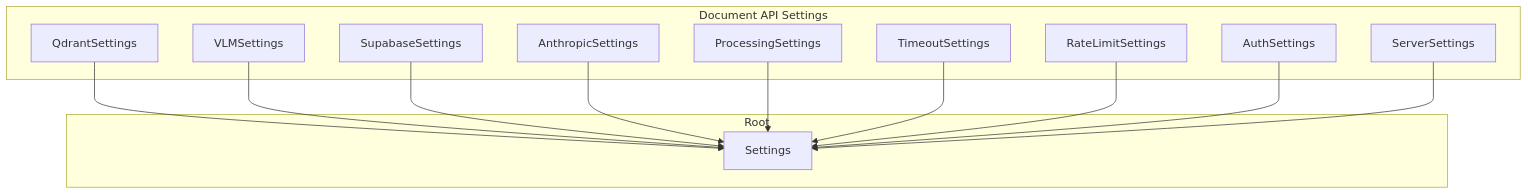
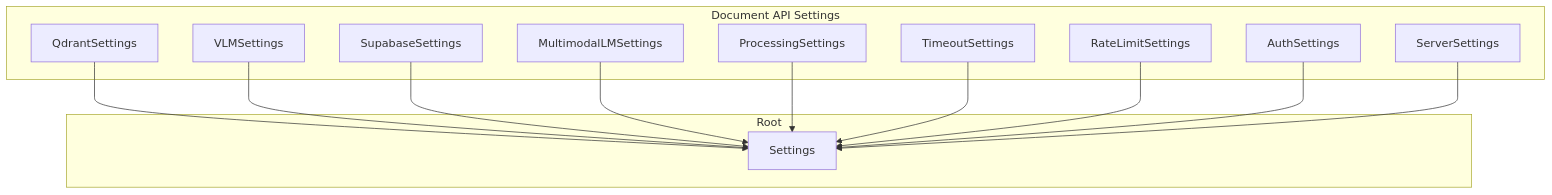
One commit to akosgintl/colpali-rag-app changed the second of 2 diagrams in docs/configuration.md. Above: the diagram before and after it, drawn with Mermaid. The commit also changed other lines of this file and 35 other files, not shown here.

````diff
--- a/docs/configuration.md
+++ b/docs/configuration.md
@@ -110,28 +111,28 @@
 ```mermaid
 graph TD
     subgraph Settings["Document API Settings"]
         QS["QdrantSettings"]
         VS["VLMSettings"]
         SS["SupabaseSettings"]
-        AS["AnthropicSettings"]
+        MLS["MultimodalLMSettings"]
         PS["ProcessingSettings"]
         TS["TimeoutSettings"]
         RLS["RateLimitSettings"]
         AUTH["AuthSettings"]
         SRV["ServerSettings"]
     end
 
     subgraph Root["Root"]
         RS["Settings"]
     end
 
     QS --> RS
     VS --> RS
     SS --> RS
-    AS --> RS
+    MLS --> RS
     PS --> RS
     TS --> RS
     RLS --> RS
     AUTH --> RS
     SRV --> RS
 ```
````
